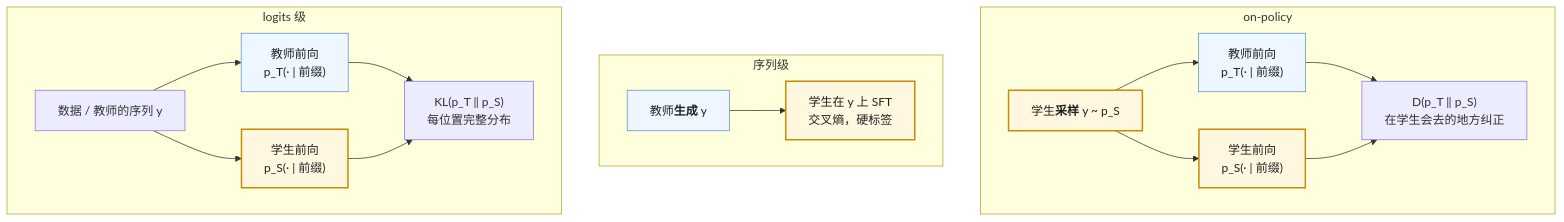
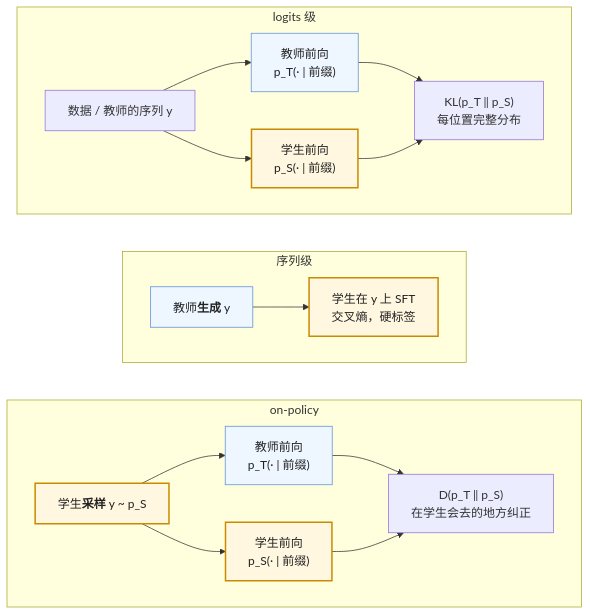
The diagram in _posts/2026-04-22-knowledge-distillation-for-llms.md (arganzheng/arganzheng.github.com), drawn with Mermaid before and after one commit. The commit also changed other lines of this file and 9 other files, not shown here.

````diff
--- a/_posts/2026-04-22-knowledge-distillation-for-llms.md
+++ b/_posts/2026-04-22-knowledge-distillation-for-llms.md
@@ -31,32 +31,34 @@
 ```mermaid
 %%{init: {"flowchart": {"wrappingWidth": 170}}}%%
 flowchart TB
-    %% 三个子图之间没有连线，dagre 按定义顺序从右到左排，所以按 右 → 左 定义
+    %% 三个子图之间没有连线时 dagre 会把它们横排；用不可见边把三块叠成一列
     subgraph C["on-policy"]
         CS["`学生**采样** y ~ p_S`"] --> CT["教师前向
 p_T(· | 前缀)"]
         CS --> CS2["学生前向
 p_S(· | 前缀)"]
         CT --> CK["D(p_T ‖ p_S)
 在学生会去的地方纠正"]
         CS2 --> CK
     end
     subgraph B["序列级"]
         BT["`教师**生成** y`"] --> BS["学生在 y 上 SFT
 交叉熵，硬标签"]
     end
     subgraph A["logits 级"]
         A1["数据 / 教师的序列 y"] --> AT["教师前向
 p_T(· | 前缀)"]
         A1 --> AS["学生前向
 p_S(· | 前缀)"]
         AT --> AK["KL(p_T ‖ p_S)
 每位置完整分布"]
         AS --> AK
     end
 
+    A ~~~ B ~~~ C
+
     classDef teacher fill:#eef6ff,stroke:#5b8fd6,color:#222
     classDef student fill:#fff7e0,stroke:#c98a00,stroke-width:2px,color:#222
     class AT,BT,CT teacher
     class AS,BS,CS,CS2 student
 ```
````
